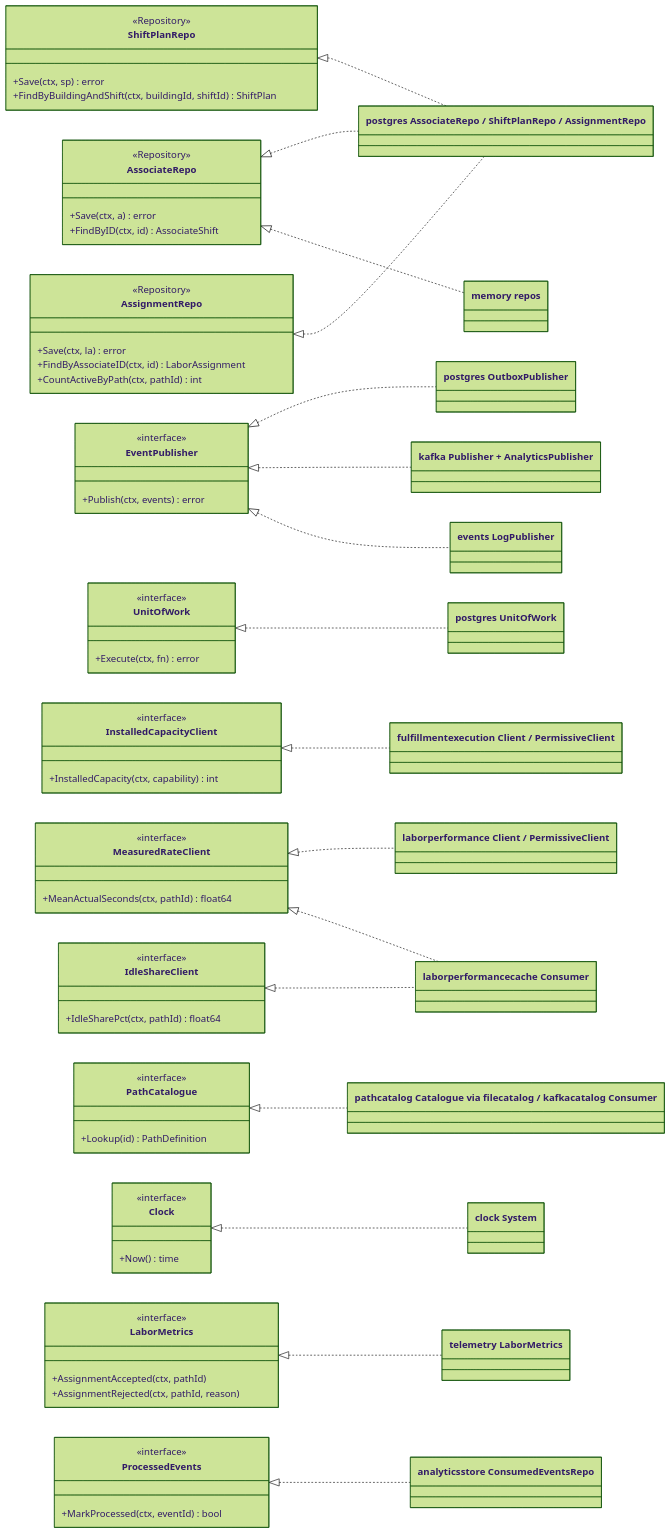
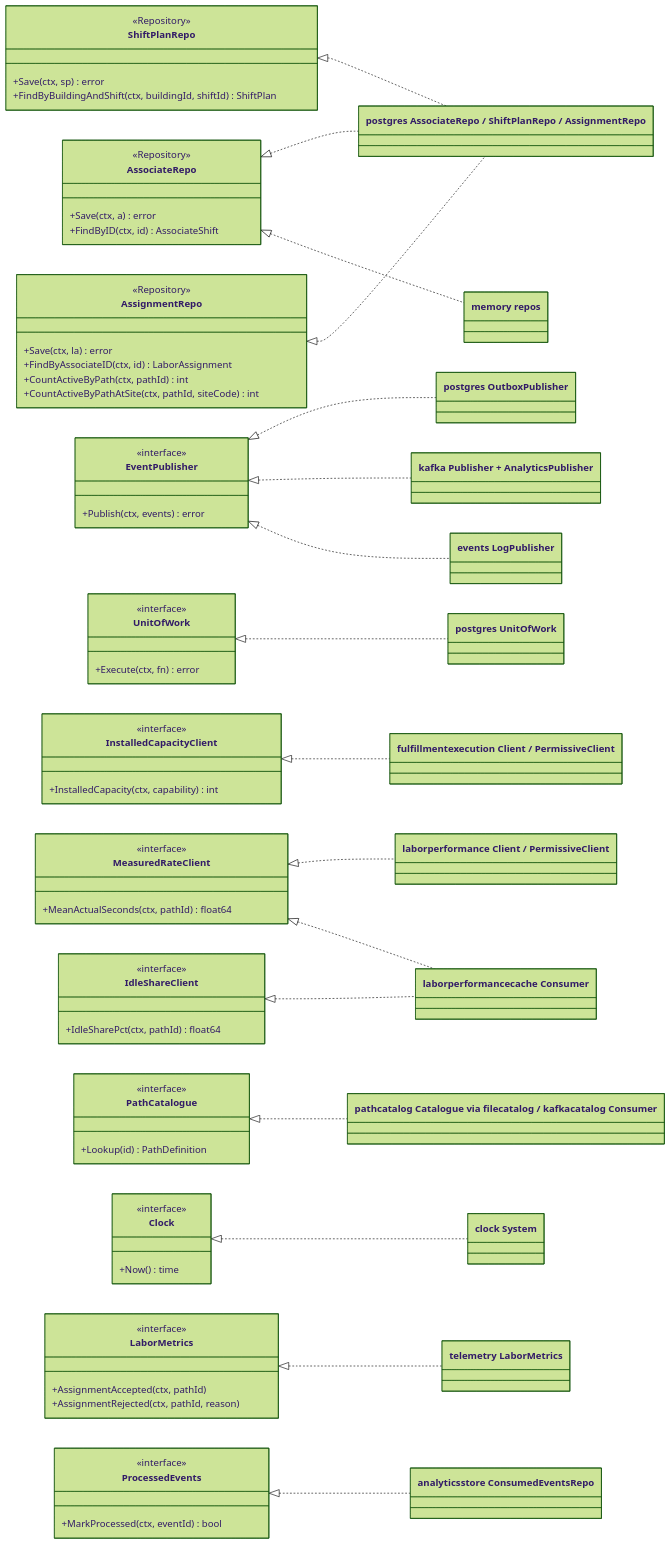
One commit to IQVO/warehouse-docs changed the third of 4 diagrams in docs/contexts/workforce-management/class-diagram.md. Above: the diagram before and after it, drawn with Mermaid (forest theme). The commit also changed other lines of this file and 318 other files, not shown here.

```diff
--- a/docs/contexts/workforce-management/class-diagram.md
+++ b/docs/contexts/workforce-management/class-diagram.md
@@ -233,6 +242,7 @@
         +Save(ctx, la) error
         +FindByAssociateID(ctx, id) LaborAssignment
         +CountActiveByPath(ctx, pathId) int
+        +CountActiveByPathAtSite(ctx, pathId, siteCode) int
     }
     class EventPublisher {
         <<interface>>
```
